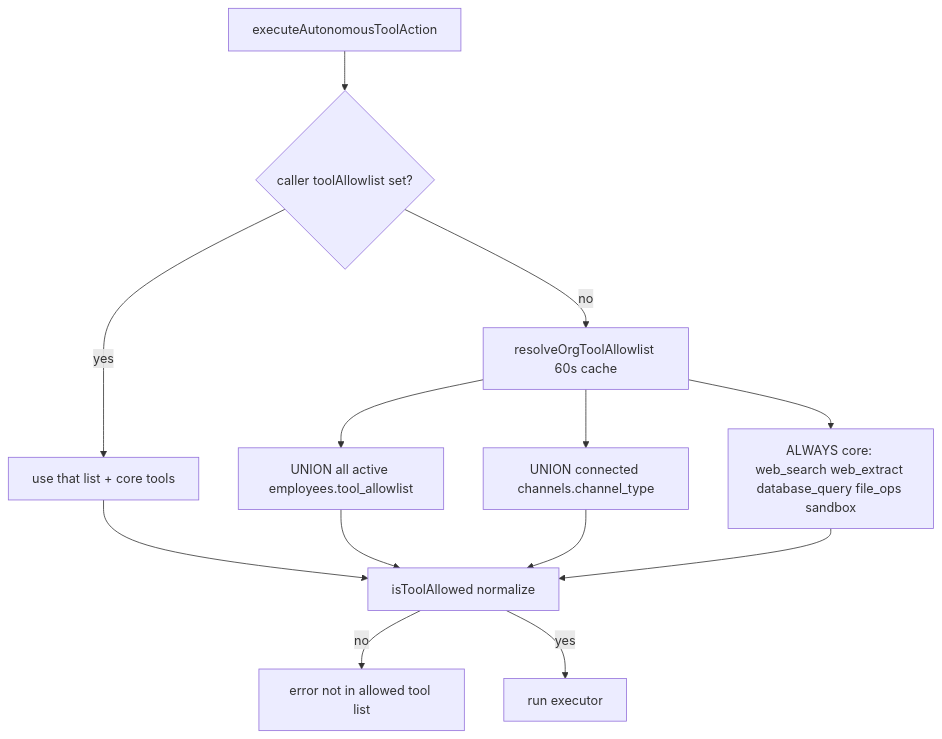
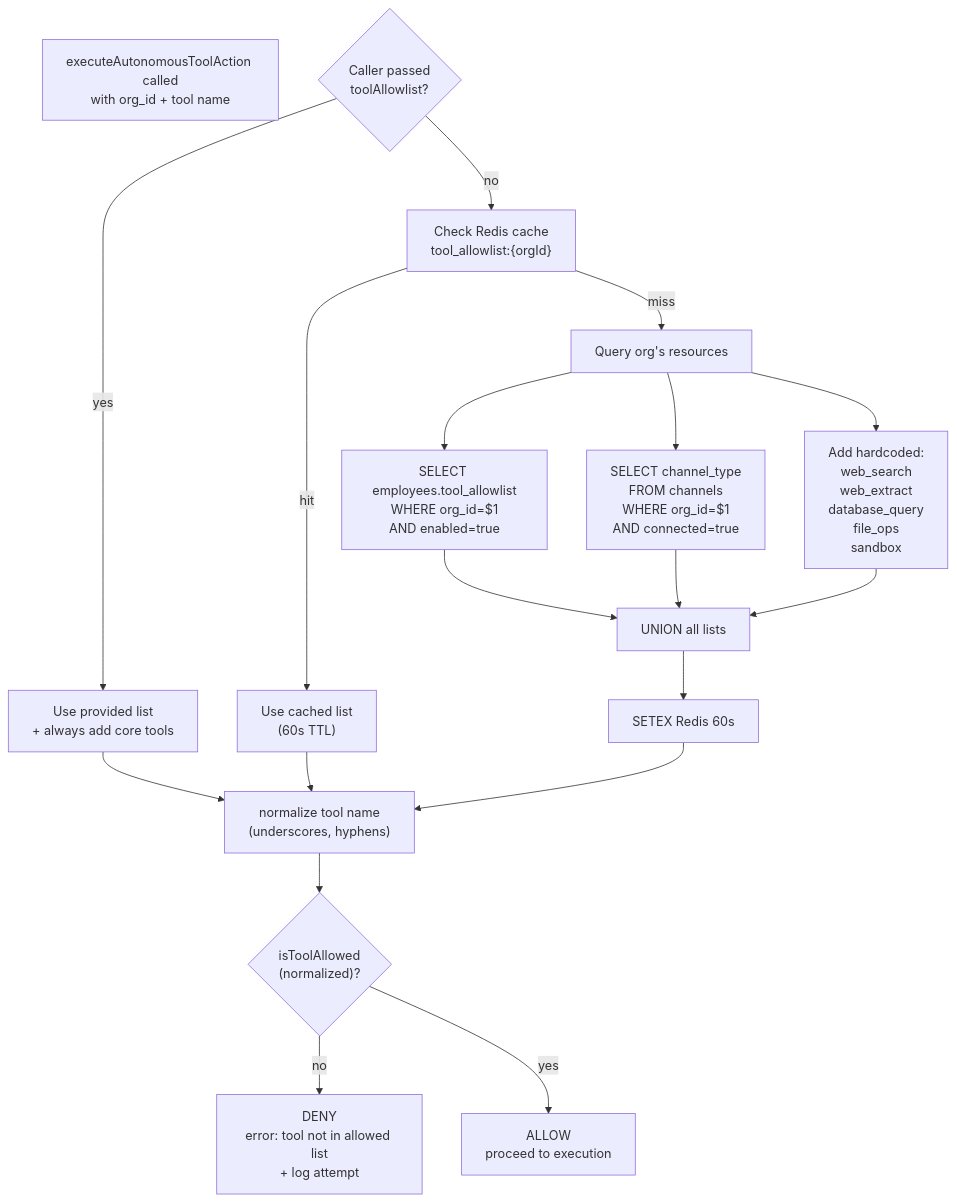
The ninth of 20 diagrams in docs/current-working/02-architecture-diagrams.md (Siddhantdamre/Agentic-OS), drawn with Mermaid before and after one commit. The commit also changed other lines of this file, not shown here.

First line of the commit message:
docs: add 20 comprehensive architecture diagrams to 02-architecture-diagrams.md

````diff
--- a/docs/current-working/02-architecture-diagrams.md
+++ b/docs/current-working/02-architecture-diagrams.md
@@ -160,15 +361,28 @@
 ```mermaid
 flowchart TD
-  Call["executeAutonomousToolAction"] --> Exp{"caller toolAllowlist set?"}
-  Exp -->|yes| Use["use that list + core tools"]
-  Exp -->|no| Res["resolveOrgToolAllowlist 60s cache"]
-  Res --> U["UNION all active employees.tool_allowlist"]
-  Res --> C["UNION connected channels.channel_type"]
-  Res --> Core["ALWAYS core: web_search web_extract database_query file_ops sandbox"]
-  Use --> Match["isToolAllowed normalize"]
-  U --> Match
-  C --> Match
-  Core --> Match
-  Match -->|no| Reject["error not in allowed tool list"]
-  Match -->|yes| Run["run executor"]
+  Call["executeAutonomousToolAction called<br/>with org_id + tool name"]
+  HasList{"Caller passed<br/>toolAllowlist?"}
+  
+  HasList -->|yes| UseProvided["Use provided list<br/>+ always add core tools"]
+  HasList -->|no| CheckCache["Check Redis cache<br/>tool_allowlist:{orgId}"]
+  
+  CheckCache -->|hit| UseCached["Use cached list<br/>(60s TTL)"]
+  CheckCache -->|miss| QueryDB["Query org's resources"]
+  
+  QueryDB --> EmpTools["SELECT employees.tool_allowlist<br/>WHERE org_id=$1<br/>AND enabled=true"]
+  QueryDB --> ChannelTools["SELECT channel_type<br/>FROM channels<br/>WHERE org_id=$1<br/>AND connected=true"]
+  QueryDB --> CoreTools["Add hardcoded:<br/>web_search<br/>web_extract<br/>database_query<br/>file_ops<br/>sandbox"]
+  
+  EmpTools --> Union["UNION all lists"]
+  ChannelTools --> Union
+  CoreTools --> Union
+  
+  Union --> Cache["SETEX Redis 60s"]
+  UseCached --> Normalize["normalize tool name<br/>(underscores, hyphens)"]
+  UseProvided --> Normalize
+  Cache --> Normalize
+  
+  Normalize --> Check{"isToolAllowed<br/>(normalized)?"}
+  Check -->|no| Deny["DENY<br/>error: tool not in allowed list<br/>+ log attempt"]
+  Check -->|yes| Allow["ALLOW<br/>proceed to execution"]
 ```
````
